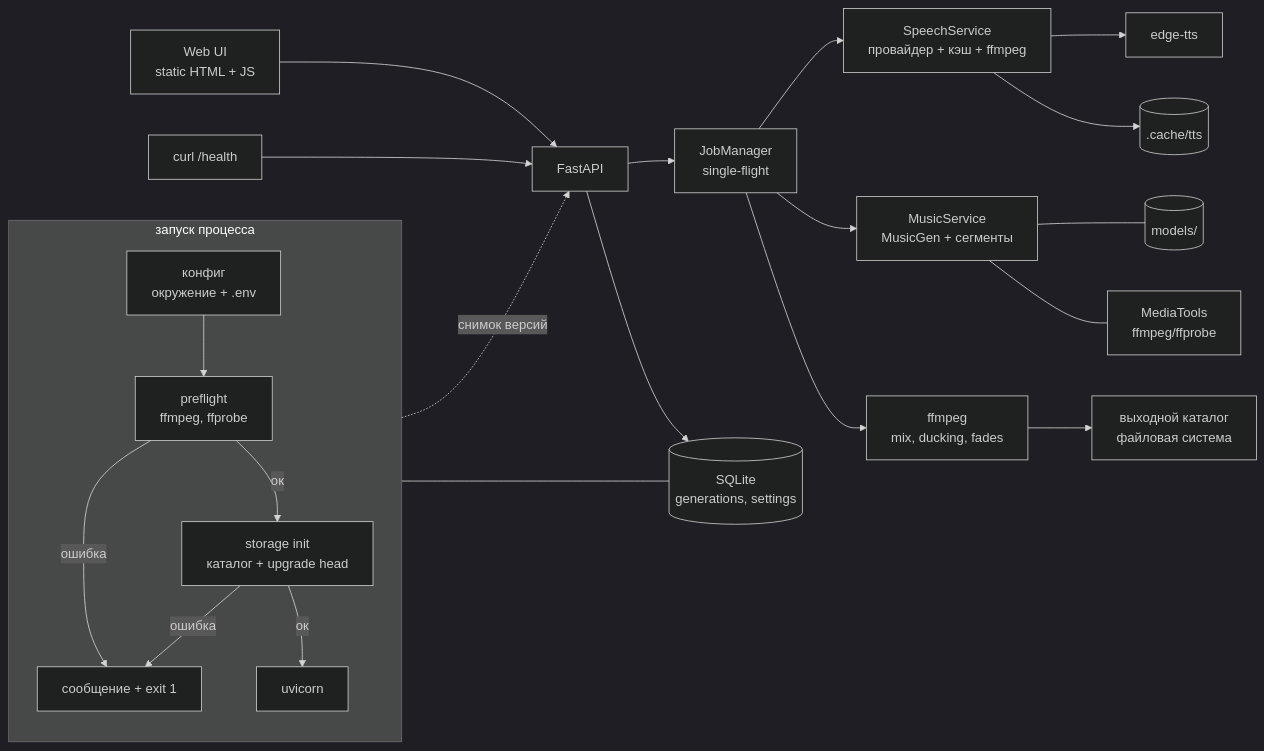
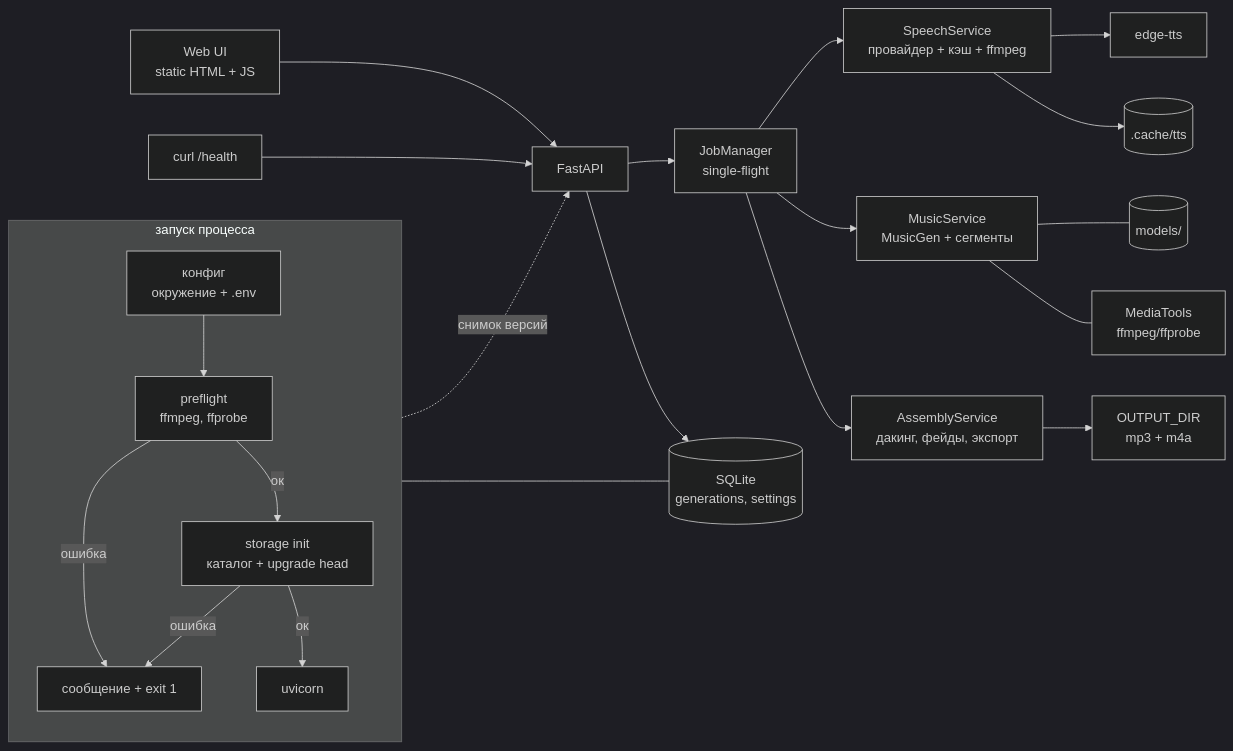
One commit to tuch-ka/muzifikator changed the first of 2 diagrams in docs/architecture.md. Above: the diagram before and after it, drawn with Mermaid (dark theme). The commit also changed other lines of this file and 14 other files, not shown here.

First line of the commit message:
MUZ-7: feat: add audio assembly with ducking and export

````diff
--- a/docs/architecture.md
+++ b/docs/architecture.md
@@ -8,25 +8,25 @@
 ```mermaid
 flowchart LR
     subgraph START["запуск процесса"]
         direction TB
         CFG["конфиг<br/>окружение + .env"] --> PF["preflight<br/>ffmpeg, ffprobe"]
         PF -->|"ок"| ST["storage init<br/>каталог + upgrade head"]
         PF -->|"ошибка"| EXIT["сообщение + exit 1"]
         ST -->|"ок"| APP["uvicorn"]
         ST -->|"ошибка"| EXIT
     end
     UI["Web UI<br/>static HTML + JS"] --> API["FastAPI"]
     OPS["curl /health"] --> API
     API --> JOB["JobManager<br/>single-flight"]
     JOB --> SPEECH["SpeechService<br/>провайдер + кэш + ffmpeg"]
     SPEECH --> TTS["edge-tts"]
     SPEECH --> CACHE[(".cache/tts")]
     JOB --> MUS["MusicService<br/>MusicGen + сегменты"]
     MUS --- WEIGHTS[("models/")]
     MUS --- MEDIA["MediaTools<br/>ffmpeg/ffprobe"]
-    JOB --> MIX["ffmpeg<br/>mix, ducking, fades"]
-    MIX --> OUT["выходной каталог<br/>файловая система"]
+    JOB --> MIX["AssemblyService<br/>дакинг, фейды, экспорт"]
+    MIX --> OUT["OUTPUT_DIR<br/>mp3 + m4a"]
     API --> DB[("SQLite<br/>generations, settings")]
     ST --- DB
     PF -.->|"снимок версий"| API
 ```
````
